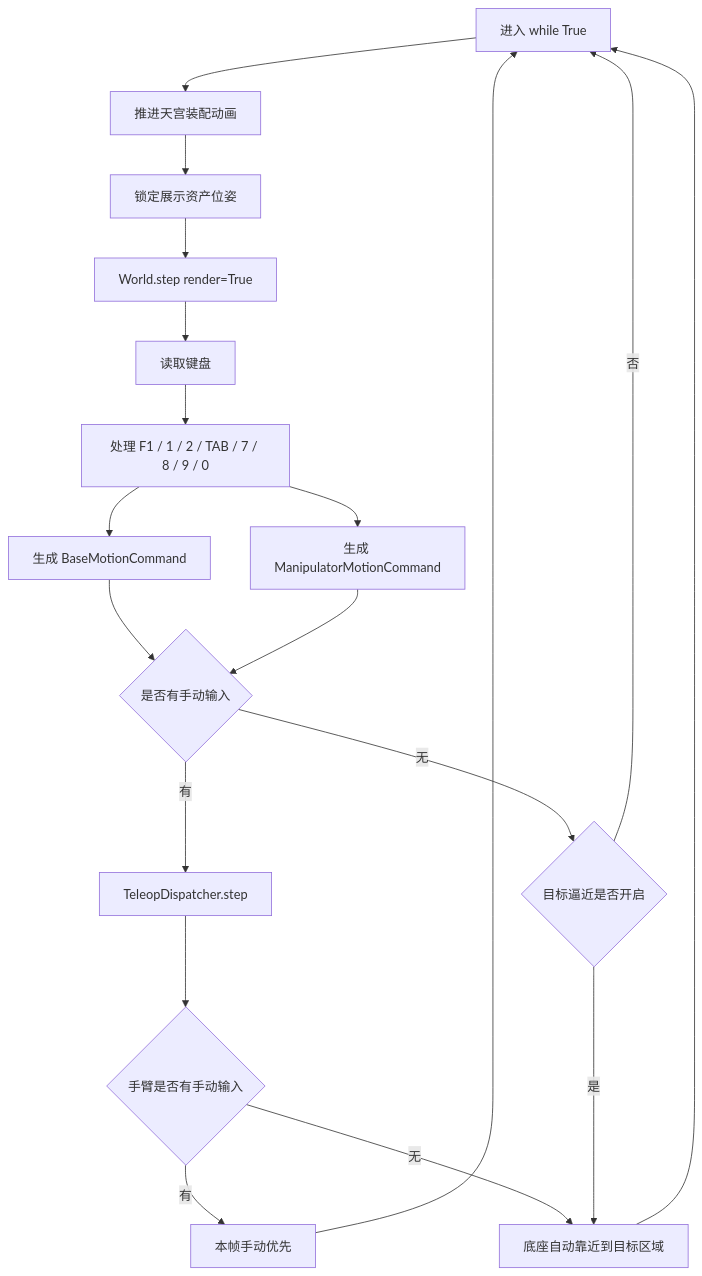
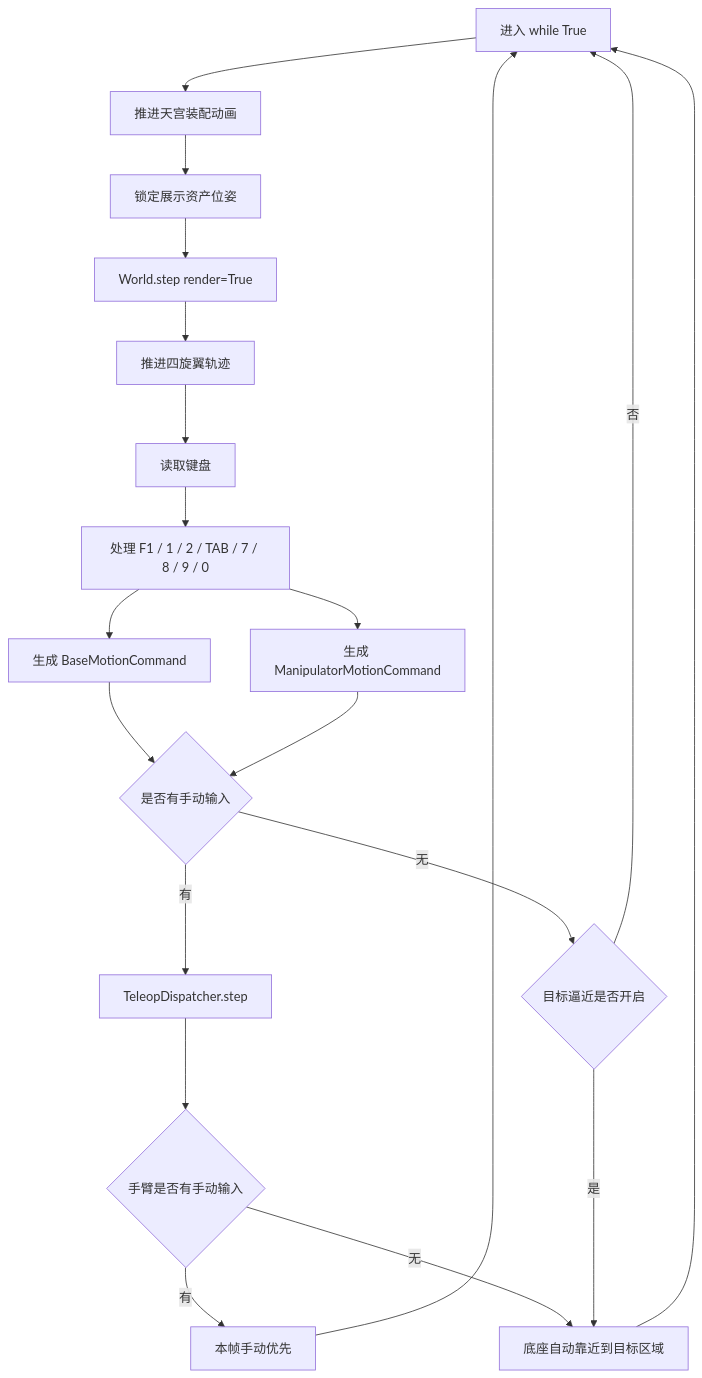
Before and after one commit to hjc0106/earth2moon-sim: the second of 5 diagrams in docs/CALL_FLOW.md, drawn with Mermaid. The commit also changed other lines of this file and 11 other files, not shown here.

````diff
--- a/docs/CALL_FLOW.md
+++ b/docs/CALL_FLOW.md
@@ -67,21 +71,22 @@
 ```mermaid
 flowchart TD
     A[进入 while True] --> B[推进天宫装配动画]
     B --> C[锁定展示资产位姿]
     C --> D[World.step render=True]
-    D --> E[读取键盘]
+    D --> P[推进四旋翼轨迹]
+    P --> E[读取键盘]
     E --> F[处理 F1 / 1 / 2 / TAB / 7 / 8 / 9 / 0]
     F --> G[生成 BaseMotionCommand]
     F --> H[生成 ManipulatorMotionCommand]
     G --> I{是否有手动输入}
     H --> I
     I -->|有| J[TeleopDispatcher.step]
     I -->|无| K{目标逼近是否开启}
     J --> L{手臂是否有手动输入}
     L -->|有| M[本帧手动优先]
     L -->|无| N[底座自动靠近到目标区域]
     K -->|是| N
     K -->|否| A
     M --> A
     N --> A
 ```
````
